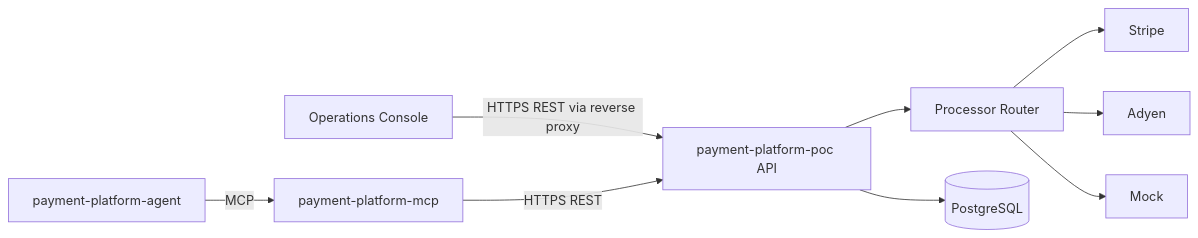
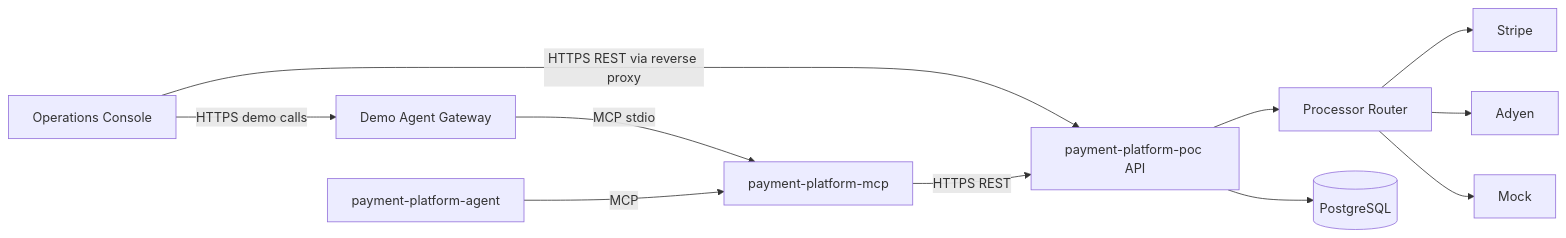
Before and after one commit to kagarwaltech-sys/payment-platform-poc: the diagram in payment-platform-poc-docs/payment-platform-poc/docs/08-ai-mcp-architecture.md, drawn with Mermaid. The commit also changed other lines of this file and 11 other files, not shown here.

Commit message:
Add browser AI and MCP demo flow

````diff
--- a/payment-platform-poc-docs/payment-platform-poc/docs/08-ai-mcp-architecture.md
+++ b/payment-platform-poc-docs/payment-platform-poc/docs/08-ai-mcp-architecture.md
@@ -9,11 +9,13 @@
 ```mermaid
 flowchart LR
     UI[Operations Console] -->|HTTPS REST via reverse proxy| API
+    UI -->|HTTPS demo calls| GATEWAY[Demo Agent Gateway]
+    GATEWAY -->|MCP stdio| MCP
     AGENT[payment-platform-agent] -->|MCP| MCP[payment-platform-mcp]
     MCP -->|HTTPS REST| API[payment-platform-poc API]
     API --> ROUTER[Processor Router]
     ROUTER --> STRIPE[Stripe]
     ROUTER --> ADYEN[Adyen]
     ROUTER --> MOCK[Mock]
     API --> DB[(PostgreSQL)]
 ```
````
